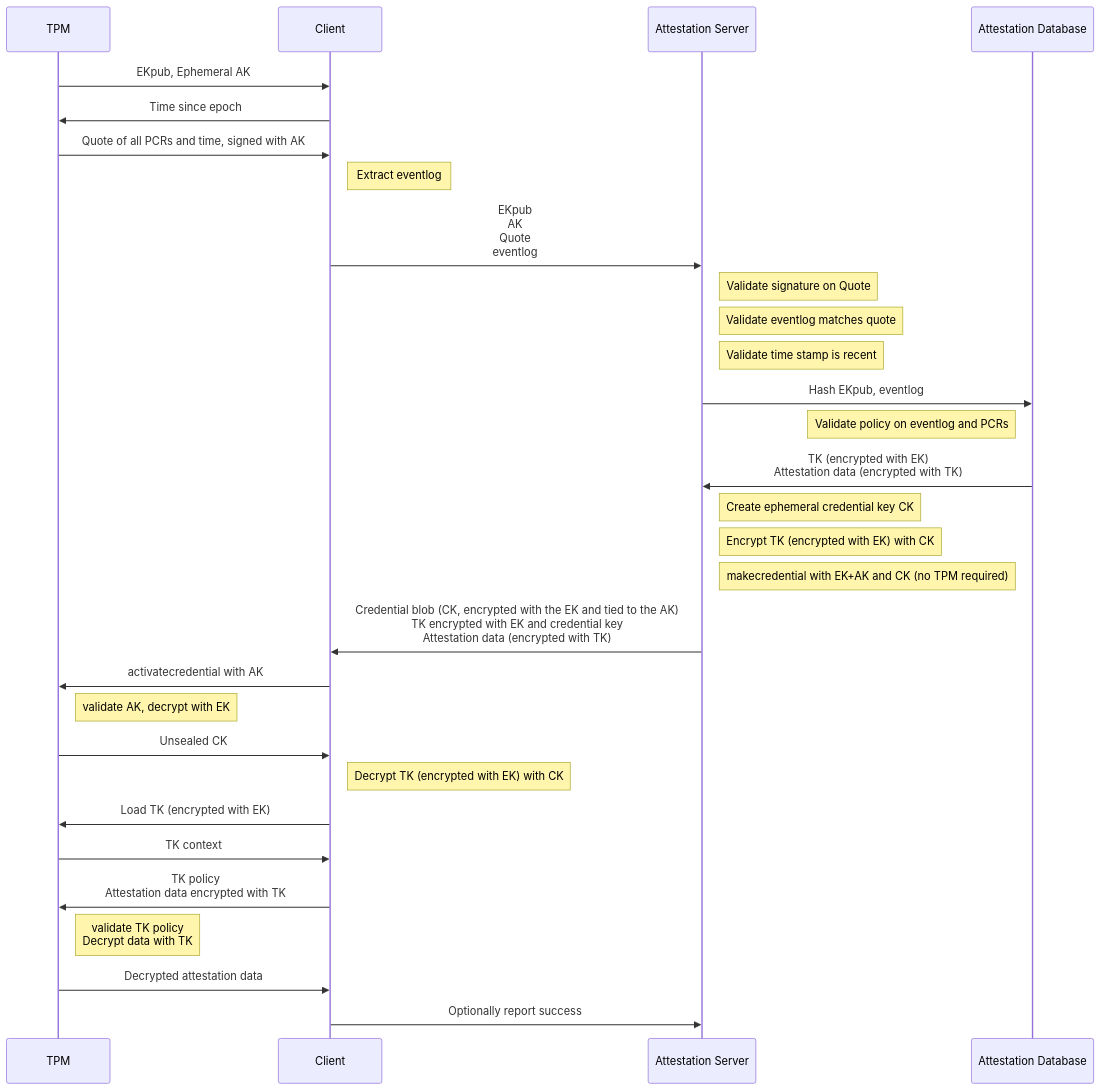
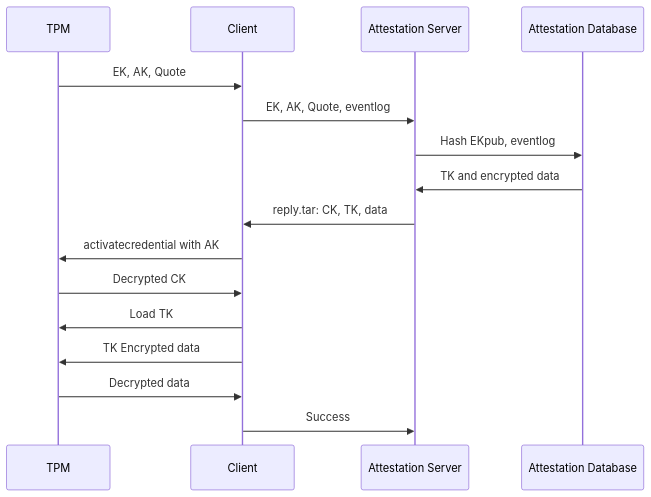
One commit to osresearch/safeboot changed the first of 5 diagrams in docs/attestation.md. Above: the diagram before and after it, drawn with Mermaid. The commit also changed other lines of this file, not shown here.

Commit message:
docs/attestation: split big diagram into sub-diagrams

````diff
--- a/docs/attestation.md
+++ b/docs/attestation.md
@@ -61,32 +61,18 @@
 ```mermaid
 sequenceDiagram
     participant TPM
     participant Client
     participant Server as Attestation Server
     participant DB as Attestation Database
-    TPM->>Client: EKpub, Ephemeral AK
-    Client->>TPM: Time since epoch
-    TPM->>Client: Quote of all PCRs and time, signed with AK
-    Note right of Client: Extract eventlog
-    Client->>Server: EKpub<br/> AK<br/> Quote<br/> eventlog
-    Note right of Server: Validate signature on Quote
-    Note right of Server: Validate eventlog matches quote
-    Note right of Server: Validate time stamp is recent
+    TPM->>Client: EK, AK, Quote
+    Client->>Server: EK, AK, Quote, eventlog
     Server->>DB: Hash EKpub, eventlog
-    Note left of DB: Validate policy on eventlog and PCRs
-    DB->>Server: TK (encrypted with EK)<br/> Attestation data (encrypted with TK)
-    Note right of Server: Create ephemeral credential key CK
-    Note right of Server: Encrypt TK (encrypted with EK) with CK
-    Note right of Server: makecredential with EK+AK and CK (no TPM required)
-    Server->>Client: Credential blob (CK, encrypted with the EK and tied to the AK)<br/> TK encrypted with EK and credential key<br/> Attestation data (encrypted with TK)
+    DB->>Server: TK and encrypted data
+    Server->>Client: reply.tar: CK, TK, data
     Client->>TPM: activatecredential with AK
-    Note right of TPM: validate AK, decrypt with EK
-    TPM->>Client: Unsealed CK
-    Note right of Client: Decrypt TK (encrypted with EK) with CK
-    Client->>TPM: Load TK (encrypted with EK)
-    TPM->>Client: TK context
-    Client->>TPM: TK policy<br> Attestation data encrypted with TK
-    Note right of TPM: validate TK policy<br>Decrypt data with TK
-    TPM->>Client: Decrypted attestation data
-    Client->>Server: Optionally report success
+    TPM->>Client: Decrypted CK
+    Client->>TPM: Load TK
+    Client->>TPM: TK Encrypted data
+    TPM->>Client: Decrypted data
+    Client->>Server: Success 
 ```
````
